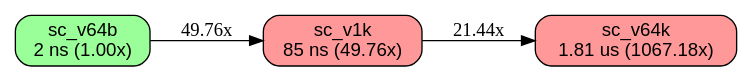
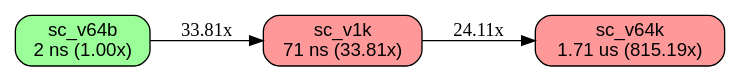
The diagram in docs/BENCHES.swap_cost_n64.dot (orgrinrt/hilavitkutin), drawn with Graphviz before and after one commit. The commit also changed 890 other files, not shown here.

```diff
--- a/docs/BENCHES.swap_cost_n64.dot
+++ b/docs/BENCHES.swap_cost_n64.dot
@@ -1,16 +1,16 @@
 // AUTO-GENERATED: DO NOT EDIT DIRECTLY
 //
 // Generated by: mockspace (mock)
-// Generated at: 2026-11-13T12:37:53Z
+// Generated at: 2026-11-15T08:39:34Z
 // Source: mock/
 // To regenerate: cargo mock
 
 digraph "swap_cost_n64" {
   rankdir=LR;
   node [shape=box, style="rounded,filled", fontname="Helvetica"];
   v0 [label="sc_v64b\n2 ns (1.00x)", fillcolor="0.330 0.4 1.0"];
-  v1 [label="sc_v1k\n85 ns (49.76x)", fillcolor="0.000 0.4 1.0"];
-  v2 [label="sc_v64k\n1.81 us (1067.18x)", fillcolor="0.000 0.4 1.0"];
-  v0 -> v1 [label="49.76x"];
-  v1 -> v2 [label="21.44x"];
+  v1 [label="sc_v1k\n71 ns (33.81x)", fillcolor="0.000 0.4 1.0"];
+  v2 [label="sc_v64k\n1.71 us (815.19x)", fillcolor="0.000 0.4 1.0"];
+  v0 -> v1 [label="33.81x"];
+  v1 -> v2 [label="24.11x"];
 }
```
